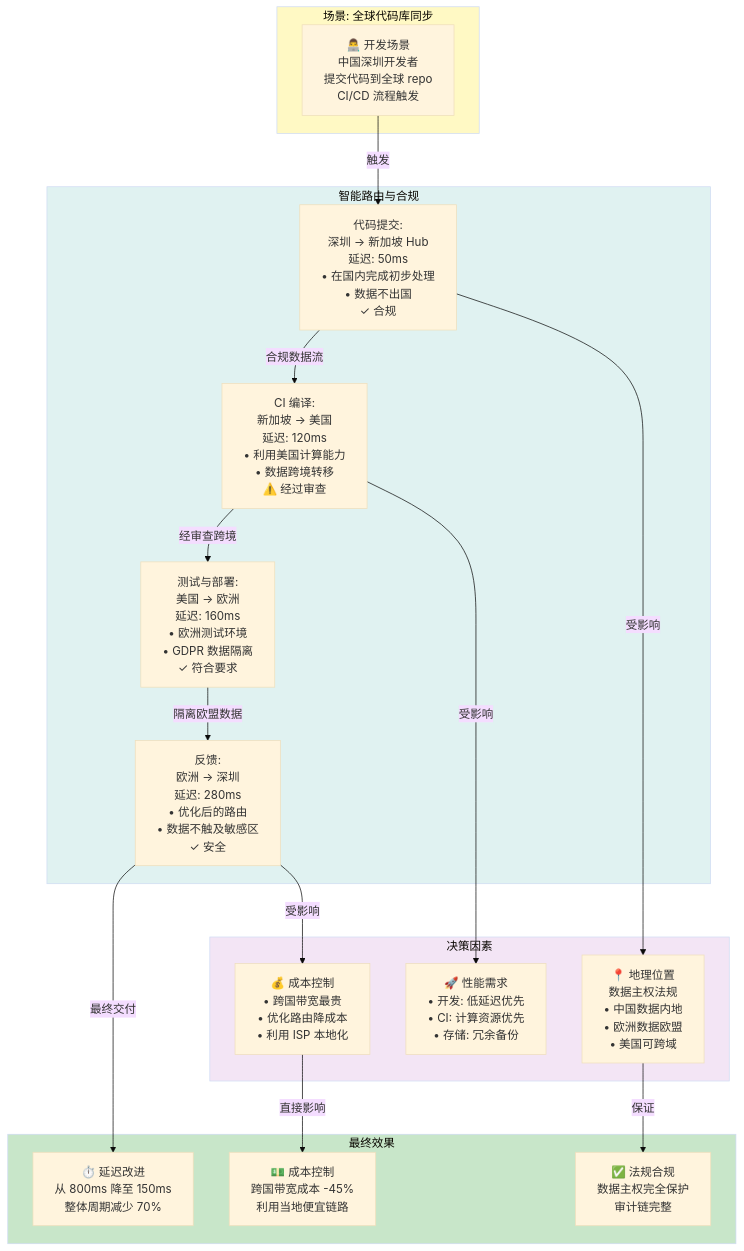
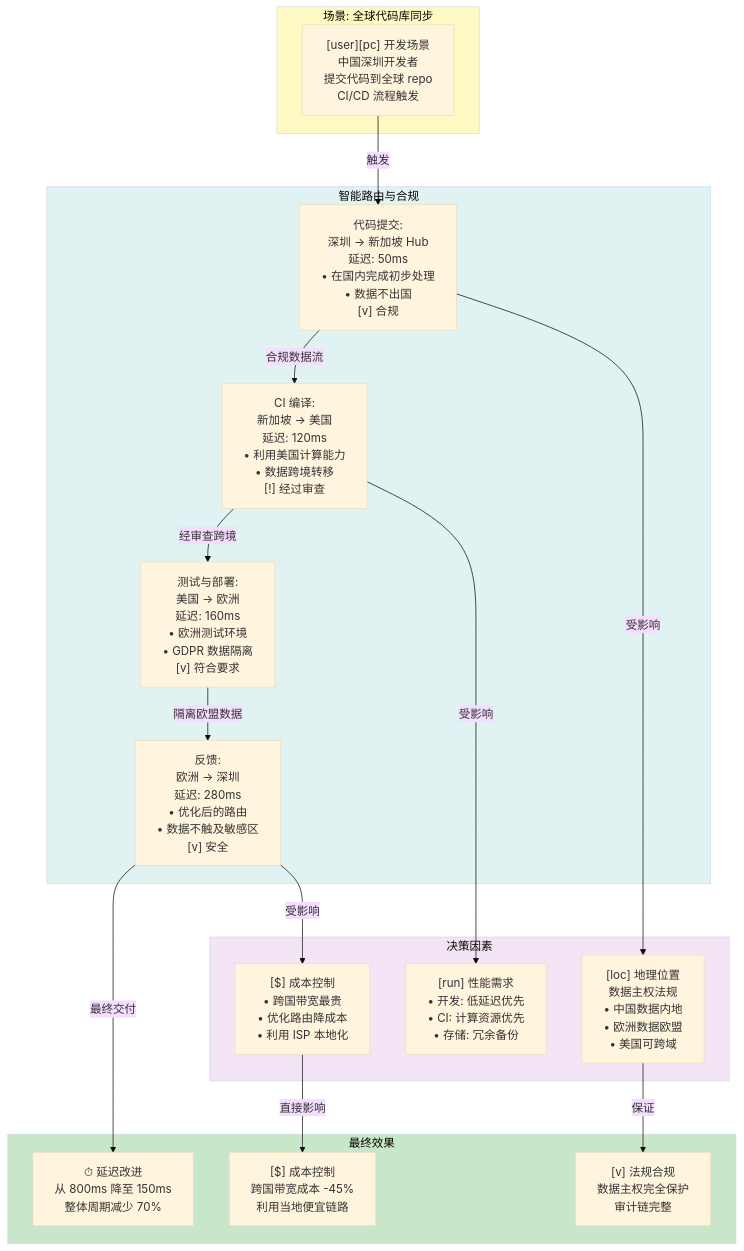
Before and after one commit to SKT-Shurima/NetworkMastery: the second of 3 diagrams in docs/guide/sdwan/diagrams/enhanced-mermaid/case3-global.md, drawn with Mermaid (base theme). The commit also changed other lines of this file and 26 other files, not shown here.

````diff
--- a/docs/guide/sdwan/diagrams/enhanced-mermaid/case3-global.md
+++ b/docs/guide/sdwan/diagrams/enhanced-mermaid/case3-global.md
@@ -65,50 +65,50 @@
 ```mermaid
 graph TB
     subgraph Scenario["场景: 全球代码库同步"]
-        Dev["👨‍💻 开发场景<br/>中国深圳开发者<br/>提交代码到全球 repo<br/>CI/CD 流程触发"]
+        Dev["[user]‍[pc] 开发场景<br/>中国深圳开发者<br/>提交代码到全球 repo<br/>CI/CD 流程触发"]
     end
     
     subgraph TrafficRoute["智能路由与合规"]
-        Route1["代码提交:<br/>深圳 → 新加坡 Hub<br/>延迟: 50ms<br/>• 在国内完成初步处理<br/>• 数据不出国<br/>✓ 合规"]
+        Route1["代码提交:<br/>深圳 → 新加坡 Hub<br/>延迟: 50ms<br/>• 在国内完成初步处理<br/>• 数据不出国<br/>[v] 合规"]
         
-        Route2["CI 编译:<br/>新加坡 → 美国<br/>延迟: 120ms<br/>• 利用美国计算能力<br/>• 数据跨境转移<br/>⚠️ 经过审查"]
+        Route2["CI 编译:<br/>新加坡 → 美国<br/>延迟: 120ms<br/>• 利用美国计算能力<br/>• 数据跨境转移<br/>[!] 经过审查"]
         
-        Route3["测试与部署:<br/>美国 → 欧洲<br/>延迟: 160ms<br/>• 欧洲测试环境<br/>• GDPR 数据隔离<br/>✓ 符合要求"]
+        Route3["测试与部署:<br/>美国 → 欧洲<br/>延迟: 160ms<br/>• 欧洲测试环境<br/>• GDPR 数据隔离<br/>[v] 符合要求"]
         
-        Route4["反馈:<br/>欧洲 → 深圳<br/>延迟: 280ms<br/>• 优化后的路由<br/>• 数据不触及敏感区<br/>✓ 安全"]
+        Route4["反馈:<br/>欧洲 → 深圳<br/>延迟: 280ms<br/>• 优化后的路由<br/>• 数据不触及敏感区<br/>[v] 安全"]
     end
     
     subgraph Decision["决策因素"]
-        Factor1["📍 地理位置<br/>数据主权法规<br/>• 中国数据内地<br/>• 欧洲数据欧盟<br/>• 美国可跨域"]
+        Factor1["[loc] 地理位置<br/>数据主权法规<br/>• 中国数据内地<br/>• 欧洲数据欧盟<br/>• 美国可跨域"]
         
-        Factor2["🚀 性能需求<br/>• 开发: 低延迟优先<br/>• CI: 计算资源优先<br/>• 存储: 冗余备份"]
+        Factor2["[run] 性能需求<br/>• 开发: 低延迟优先<br/>• CI: 计算资源优先<br/>• 存储: 冗余备份"]
         
-        Factor3["💰 成本控制<br/>• 跨国带宽最贵<br/>• 优化路由降成本<br/>• 利用 ISP 本地化"]
+        Factor3["[$] 成本控制<br/>• 跨国带宽最贵<br/>• 优化路由降成本<br/>• 利用 ISP 本地化"]
     end
     
     subgraph Outcome["最终效果"]
-        O1["⏱️ 延迟改进<br/>从 800ms 降至 150ms<br/>整体周期减少 70%"]
+        O1["⏱ 延迟改进<br/>从 800ms 降至 150ms<br/>整体周期减少 70%"]
         
-        O2["💵 成本控制<br/>跨国带宽成本 -45%<br/>利用当地便宜链路"]
+        O2["[$] 成本控制<br/>跨国带宽成本 -45%<br/>利用当地便宜链路"]
         
-        O3["✅ 法规合规<br/>数据主权完全保护<br/>审计链完整"]
+        O3["[v] 法规合规<br/>数据主权完全保护<br/>审计链完整"]
     end
     
     Dev -->|触发| Route1
     Route1 -->|合规数据流| Route2
     Route2 -->|经审查跨境| Route3
     Route3 -->|隔离欧盟数据| Route4
     
     Route1 -->|受影响| Factor1
     Route2 -->|受影响| Factor2
     Route4 -->|受影响| Factor3
     
     Route4 -->|最终交付| O1
     Factor3 -->|直接影响| O2
     Factor1 -->|保证| O3
     
     style Scenario fill:#fff9c4
     style TrafficRoute fill:#e0f2f1
     style Decision fill:#f3e5f5
     style Outcome fill:#c8e6c9
 ```
````
